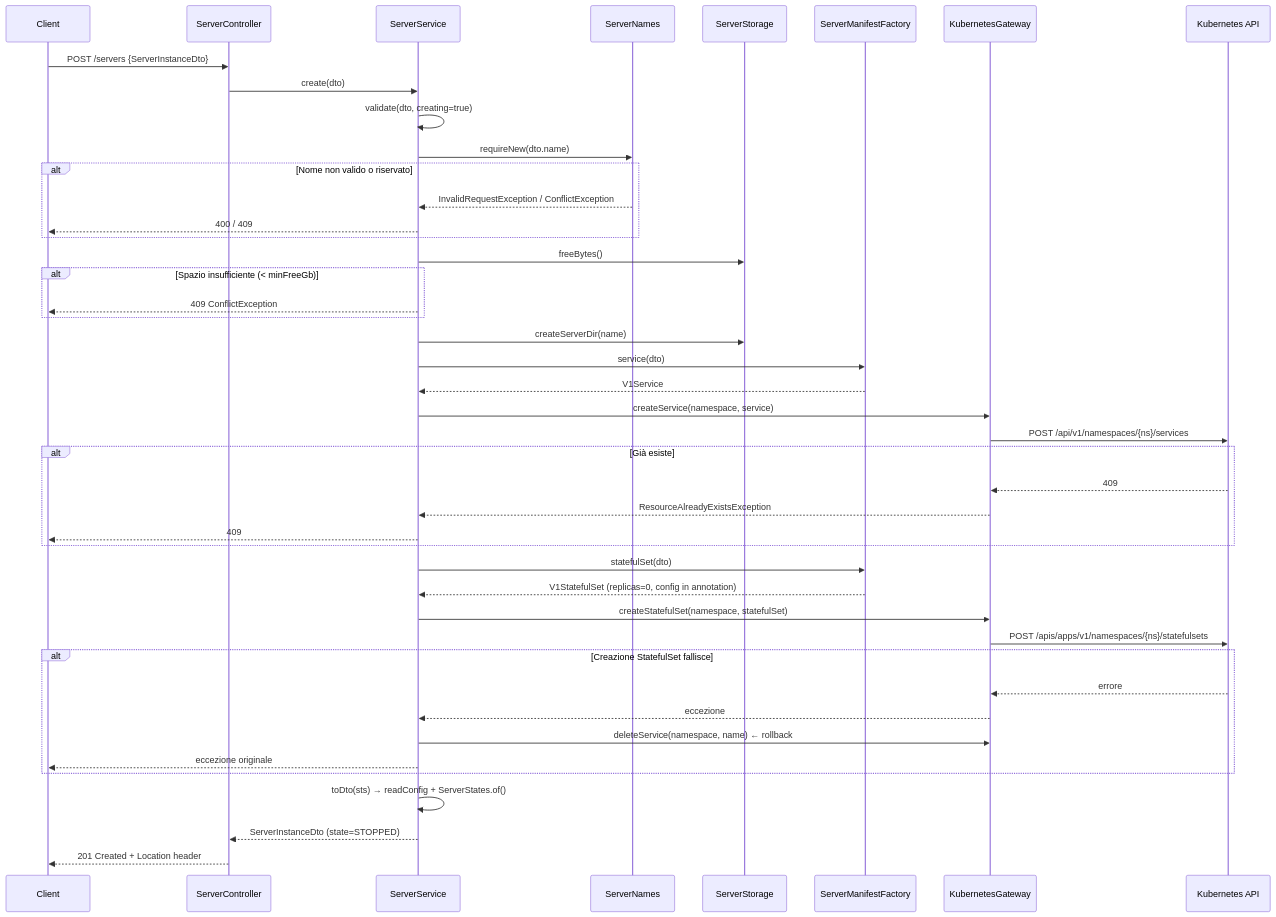
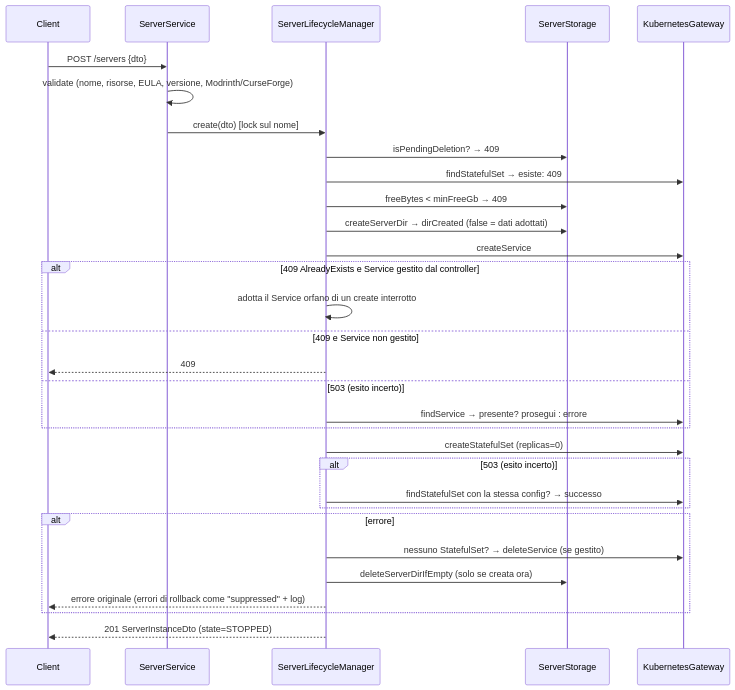
The first of 2 diagrams in docs/flows/server-lifecycle.md (lorisdemicheli/minecraft-controller), drawn with Mermaid before and after one commit. The commit also changed other lines of this file and 188 other files, not shown here.

````diff
--- a/docs/flows/server-lifecycle.md
+++ b/docs/flows/server-lifecycle.md
@@ -24,53 +26,34 @@
 ```mermaid
 sequenceDiagram
     participant C as Client
-    participant SC as ServerController
     participant SS as ServerService
-    participant SN as ServerNames
+    participant LM as ServerLifecycleManager
     participant ST as ServerStorage
-    participant SMF as ServerManifestFactory
     participant KG as KubernetesGateway
-    participant K8s as Kubernetes API
 
-    C->>SC: POST /servers {ServerInstanceDto}
-    SC->>SS: create(dto)
-
-    SS->>SS: validate(dto, creating=true)
-    SS->>SN: requireNew(dto.name)
-    alt Nome non valido o riservato
-        SN-->>SS: InvalidRequestException / ConflictException
-        SS-->>C: 400 / 409
+    C->>SS: POST /servers {dto}
+    SS->>SS: validate (nome, risorse, EULA, versione, Modrinth/CurseForge)
+    SS->>LM: create(dto)  [lock sul nome]
+    LM->>ST: isPendingDeletion? → 409
+    LM->>KG: findStatefulSet → esiste: 409
+    LM->>ST: freeBytes < minFreeGb → 409
+    LM->>ST: createServerDir → dirCreated (false = dati adottati)
+    LM->>KG: createService
+    alt 409 AlreadyExists e Service gestito dal controller
+        LM->>LM: adotta il Service orfano di un create interrotto
+    else 409 e Service non gestito
+        LM-->>C: 409
+    else 503 (esito incerto)
+        LM->>KG: findService → presente? prosegui : errore
     end
-
-    SS->>ST: freeBytes()
-    alt Spazio insufficiente (< minFreeGb)
-        SS-->>C: 409 ConflictException
+    LM->>KG: createStatefulSet (replicas=0)
+    alt 503 (esito incerto)
+        LM->>KG: findStatefulSet con la stessa config? → successo
     end
-
-    SS->>ST: createServerDir(name)
-    SS->>SMF: service(dto)
-    SMF-->>SS: V1Service
-    SS->>KG: createService(namespace, service)
-    KG->>K8s: POST /api/v1/namespaces/{ns}/services
-    alt Già esiste
-        K8s-->>KG: 409
-        KG-->>SS: ResourceAlreadyExistsException
-        SS-->>C: 409
+    alt errore
+        LM->>KG: nessuno StatefulSet? → deleteService (se gestito)
+        LM->>ST: deleteServerDirIfEmpty (solo se creata ora)
+        LM-->>C: errore originale (errori di rollback come "suppressed" + log)
     end
-
-    SS->>SMF: statefulSet(dto)
-    SMF-->>SS: V1StatefulSet (replicas=0, config in annotation)
-    SS->>KG: createStatefulSet(namespace, statefulSet)
-    KG->>K8s: POST /apis/apps/v1/namespaces/{ns}/statefulsets
-
-    alt Creazione StatefulSet fallisce
-        K8s-->>KG: errore
-        KG-->>SS: eccezione
-        SS->>KG: deleteService(namespace, name) ← rollback
-        SS-->>C: eccezione originale
-    end
-
-    SS->>SS: toDto(sts) → readConfig + ServerStates.of()
-    SS-->>SC: ServerInstanceDto (state=STOPPED)
-    SC-->>C: 201 Created + Location header
+    LM-->>C: 201 ServerInstanceDto (state=STOPPED)
 ```
````
